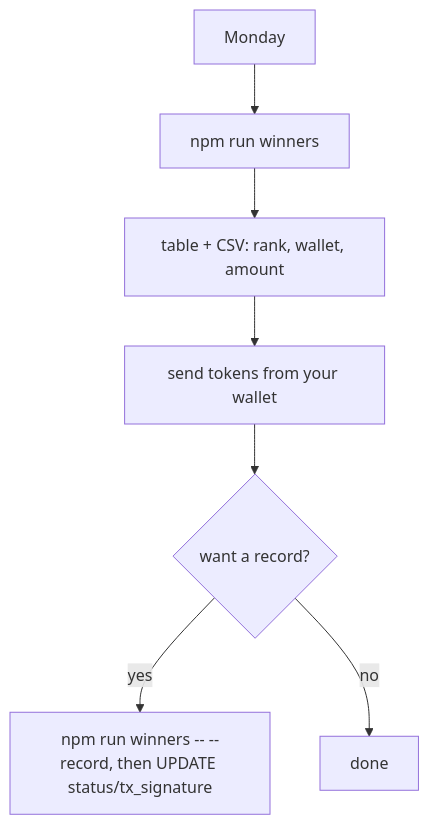
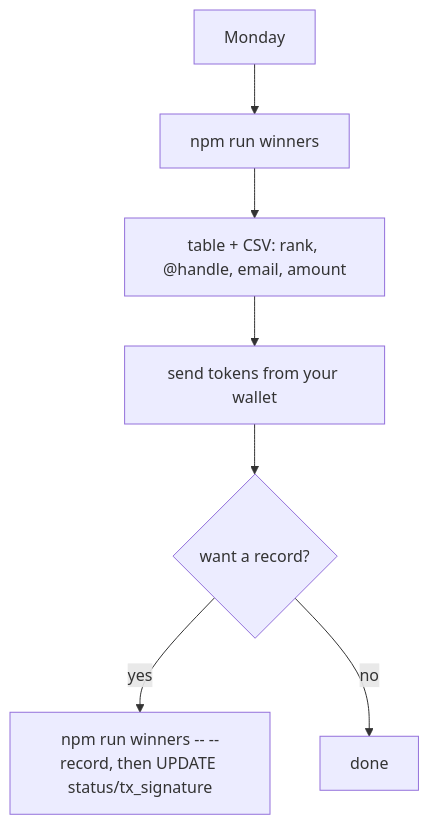
One commit to davide963-ux/cr-gr changed the fourth of 4 diagrams in README.md. Above: the diagram before and after it, drawn with Mermaid. The commit also changed other lines of this file and 20 other files, not shown here.

First line of the commit message:
Replace wallet login with email magic-link signup; require X username

````diff
--- a/README.md
+++ b/README.md
@@ -54,9 +57,9 @@
 ```mermaid
 flowchart TD
   M[Monday] --> Q[npm run winners]
-  Q --> T[table + CSV: rank, wallet, amount]
+  Q --> T[table + CSV: rank, @handle, email, amount]
   T --> S[send tokens from your wallet]
   S --> R{want a record?}
   R -- yes --> REC[npm run winners -- --record, then UPDATE status/tx_signature]
   R -- no --> D[done]
 ```
````
